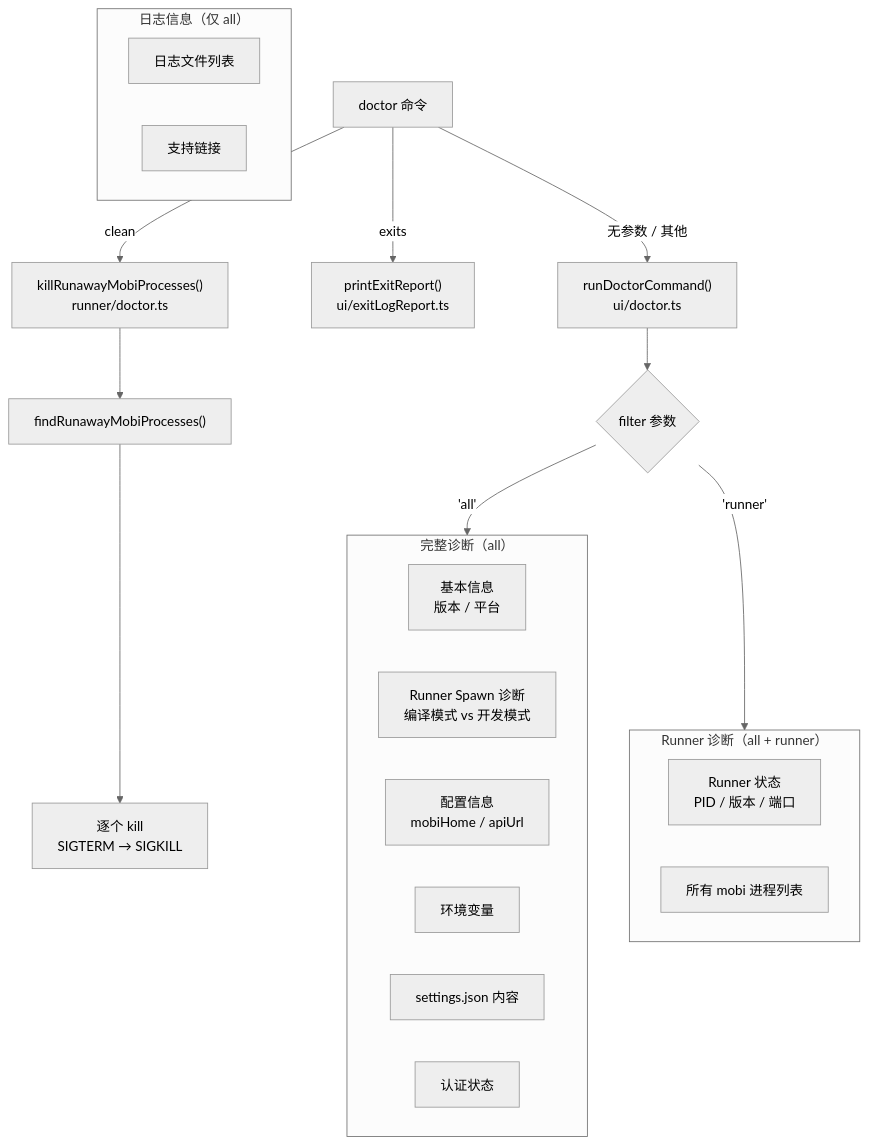
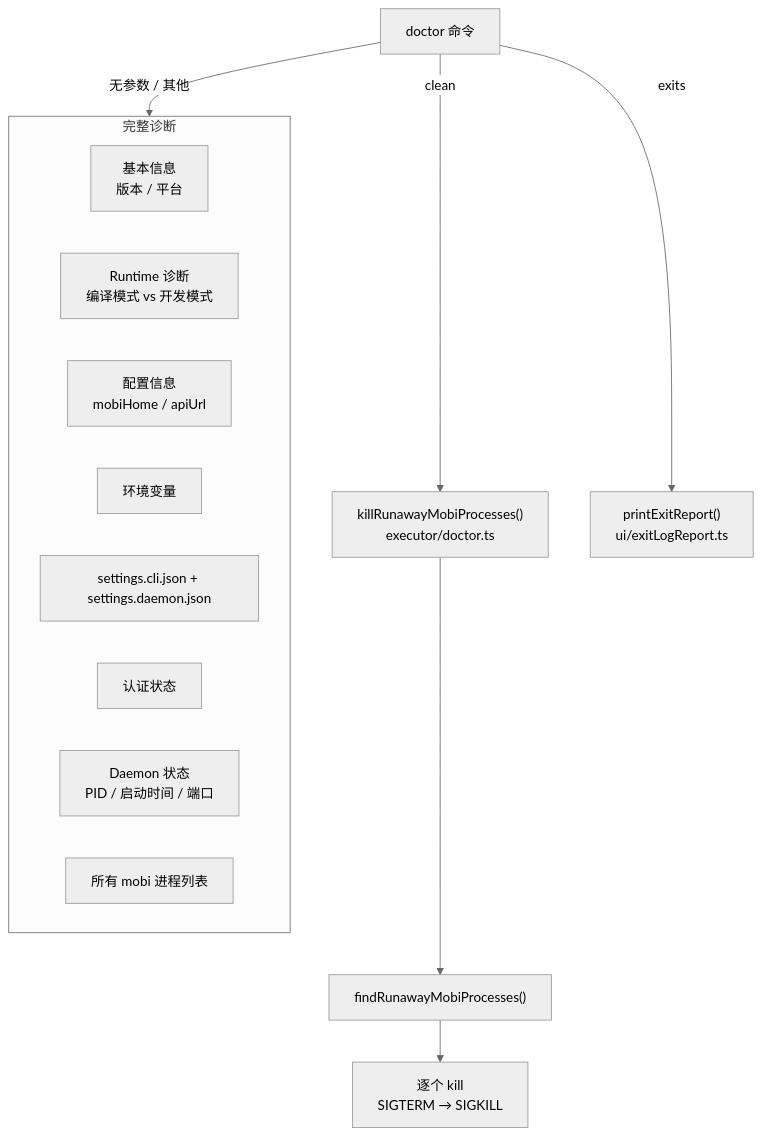
One commit to ModuBit/mobi changed the first of 4 diagrams in docs/architecture/cli/commands/doctor/README.md. Above: the diagram before and after it, drawn with Mermaid (neutral theme). The commit also changed other lines of this file and 86 other files, not shown here.

````diff
--- a/docs/architecture/cli/commands/doctor/README.md
+++ b/docs/architecture/cli/commands/doctor/README.md
@@ -9,32 +9,20 @@
 ```mermaid
 flowchart TB
-    Cmd["doctor 命令"] -->|"clean"| Clean["killRunawayMobiProcesses()<br/>runner/doctor.ts"]
+    Cmd["doctor 命令"] -->|"clean"| Clean["killRunawayMobiProcesses()<br/>executor/doctor.ts"]
     Cmd -->|"exits"| Exits["printExitReport()<br/>ui/exitLogReport.ts"]
     Cmd -->|"无参数 / 其他"| Run["runDoctorCommand()<br/>ui/doctor.ts"]
 
-    Run --> Filter{"filter 参数"}
-    Filter -->|"'all'"| All["完整诊断"]
-    Filter -->|"'runner'"| Runner["仅 Runner 诊断"]
-
-    subgraph All["完整诊断（all）"]
+    subgraph Run["完整诊断"]
         Basic["基本信息<br/>版本 / 平台"]
-        Spawn["Runner Spawn 诊断<br/>编译模式 vs 开发模式"]
+        Runtime["Runtime 诊断<br/>编译模式 vs 开发模式"]
         Config["配置信息<br/>mobiHome / apiUrl"]
         Env["环境变量"]
-        Settings["settings.json 内容"]
+        Settings["settings.cli.json + settings.daemon.json"]
         Auth["认证状态"]
-    end
-
-    subgraph Runner["Runner 诊断（all + runner）"]
-        Status["Runner 状态<br/>PID / 版本 / 端口"]
+        Status["Daemon 状态<br/>PID / 启动时间 / 端口"]
         Processes["所有 mobi 进程列表"]
-    end
-
-    subgraph Logs["日志信息（仅 all）"]
-        LogFiles["日志文件列表"]
-        Support["支持链接"]
     end
 
     Clean --> FindRunaway["findRunawayMobiProcesses()"]
     FindRunaway --> Kill["逐个 kill<br/>SIGTERM → SIGKILL"]
 ```
````
